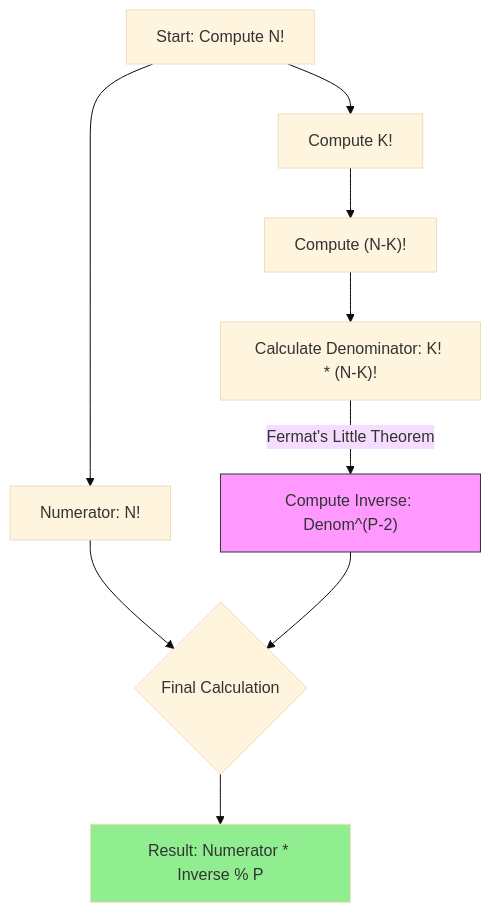
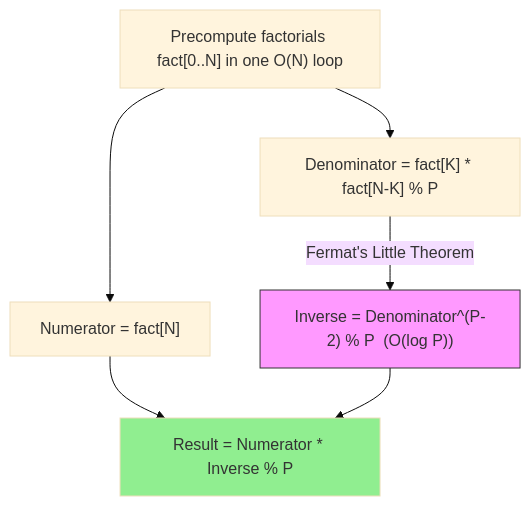
The diagram in _posts/2024-10-09-algo-boj-11401-이항-계수-3.md (youngunghan/scitechblog), drawn with Mermaid (base theme) before and after one commit. The commit also changed 11 other files, not shown here.

````diff
--- a/_posts/2024-10-09-algo-boj-11401-이항-계수-3.md
+++ b/_posts/2024-10-09-algo-boj-11401-이항-계수-3.md
@@ -71,13 +71,10 @@
 ```mermaid
 graph TD
-    A["Start: Compute N!"] --> B["Compute K!"]
-    B --> C["Compute (N-K)!"]
-    C --> D["Calculate Denominator: K! * (N-K)!"]
-    D -->|Fermat's Little Theorem| E["Compute Inverse: Denom^(P-2)"]
-    A --> F["Numerator: N!"]
-    F --> G{"Final Calculation"}
-    E --> G
-    G --> H["Result: Numerator * Inverse % P"]
-    style E fill:#f9f,stroke:#333
-    style H fill:#90EE90
+    A["Precompute factorials fact[0..N] in one O(N) loop"] --> B["Numerator = fact[N]"]
+    A --> C["Denominator = fact[K] * fact[N-K] % P"]
+    C -->|Fermat's Little Theorem| D["Inverse = Denominator^(P-2) % P  (O(log P))"]
+    B --> E["Result = Numerator * Inverse % P"]
+    D --> E
+    style D fill:#f9f,stroke:#333
+    style E fill:#90EE90
 ```
````
